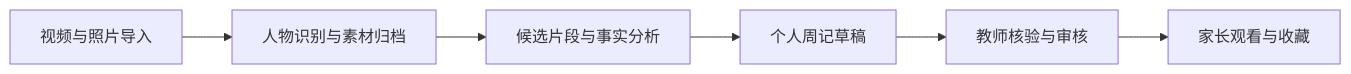
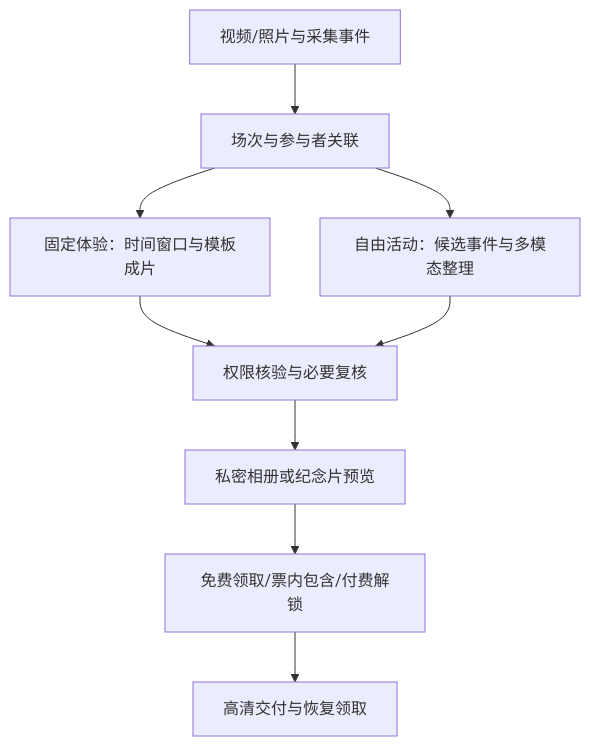
The diagram in README.md (UllrAI/momentflow), drawn with Mermaid before and after one commit. The commit also changed other lines of this file and 11 other files, not shown here.

````diff
--- a/README.md
+++ b/README.md
@@ -11,8 +17,11 @@
 ```mermaid
-flowchart LR
-    A[视频与照片导入] --> B[人物识别与素材归档]
-    B --> C[候选片段与事实分析]
-    C --> D[个人周记草稿]
-    D --> E[教师核验与审核]
-    E --> F[家长观看与收藏]
+flowchart TD
+    A[视频/照片与采集事件] --> B[场次与参与者关联]
+    B --> C[固定体验：时间窗口与模板成片]
+    B --> D[自由活动：候选事件与多模态整理]
+    C --> E[权限核验与必要复核]
+    D --> E
+    E --> F[私密相册或纪念片预览]
+    F --> G[免费领取/票内包含/付费解锁]
+    G --> H[高清交付与恢复领取]
 ```
````
